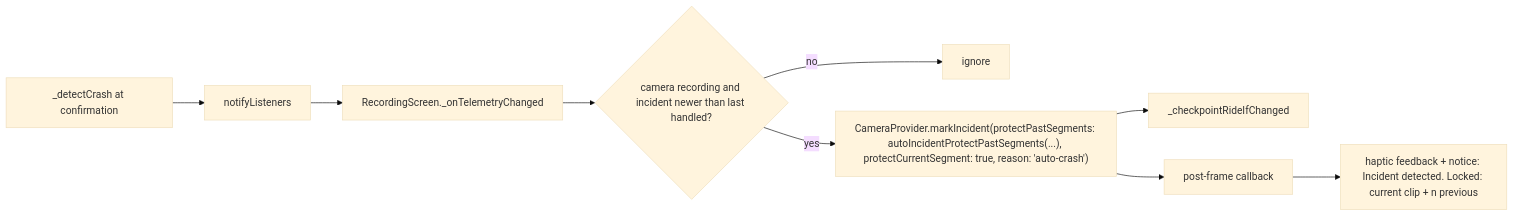
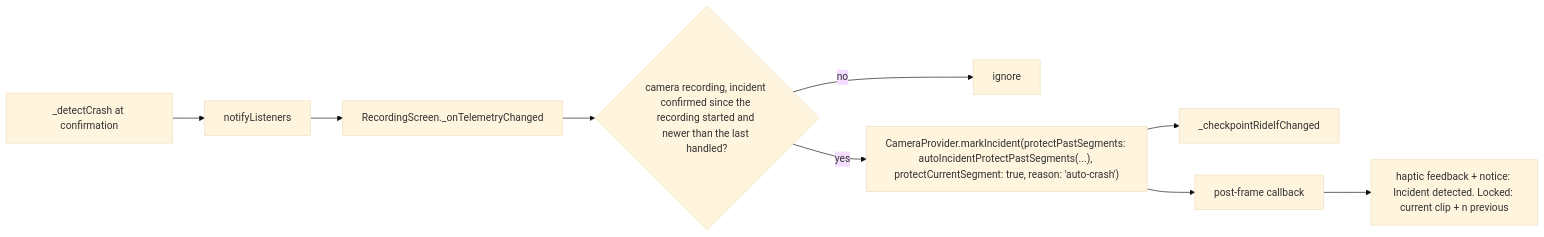
The second of 2 diagrams in docs/telemetry.md (Sarthak195/MotoCam), drawn with Mermaid (base theme) before and after one commit. The commit also changed other lines of this file and 4 other files, not shown here.

````diff
--- a/docs/telemetry.md
+++ b/docs/telemetry.md
@@ -220,11 +220,11 @@
 ```mermaid
 flowchart LR
     A[_detectCrash at confirmation] --> B[notifyListeners]
     B --> C[RecordingScreen._onTelemetryChanged]
-    C --> D{camera recording and incident newer than last handled?}
+    C --> D{camera recording, incident confirmed since the recording started and newer than the last handled?}
     D -- no --> E[ignore]
     D -- yes --> G["CameraProvider.markIncident(protectPastSegments: autoIncidentProtectPastSegments(...), protectCurrentSegment: true, reason: 'auto-crash')"]
     G --> H[_checkpointRideIfChanged]
     G --> F[post-frame callback]
     F --> I["haptic feedback + notice: Incident detected. Locked: current clip + n previous"]
 ```
````
